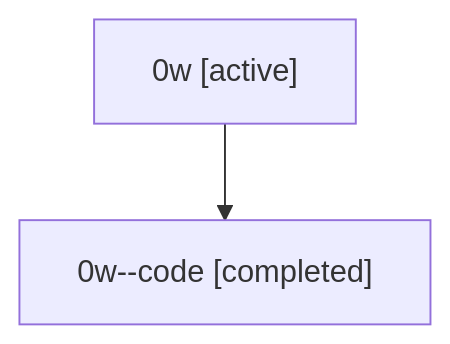
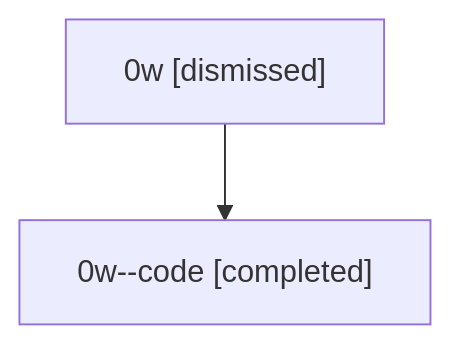
One commit to sase-org/sase--agents changed the diagram in sessions/bbugyi200.athena.0w.md. Above: the diagram before and after it, drawn with Mermaid. The commit also changed other lines of this file and 12 other files, not shown here.

````diff
--- a/sessions/bbugyi200.athena.0w.md
+++ b/sessions/bbugyi200.athena.0w.md
@@ -9,6 +9,6 @@
 ```mermaid
 flowchart TD
-  n0["0w [active]"]
+  n0["0w [dismissed]"]
   n1["0w--code [completed]"]
   n0 --> n1
 ```
````
